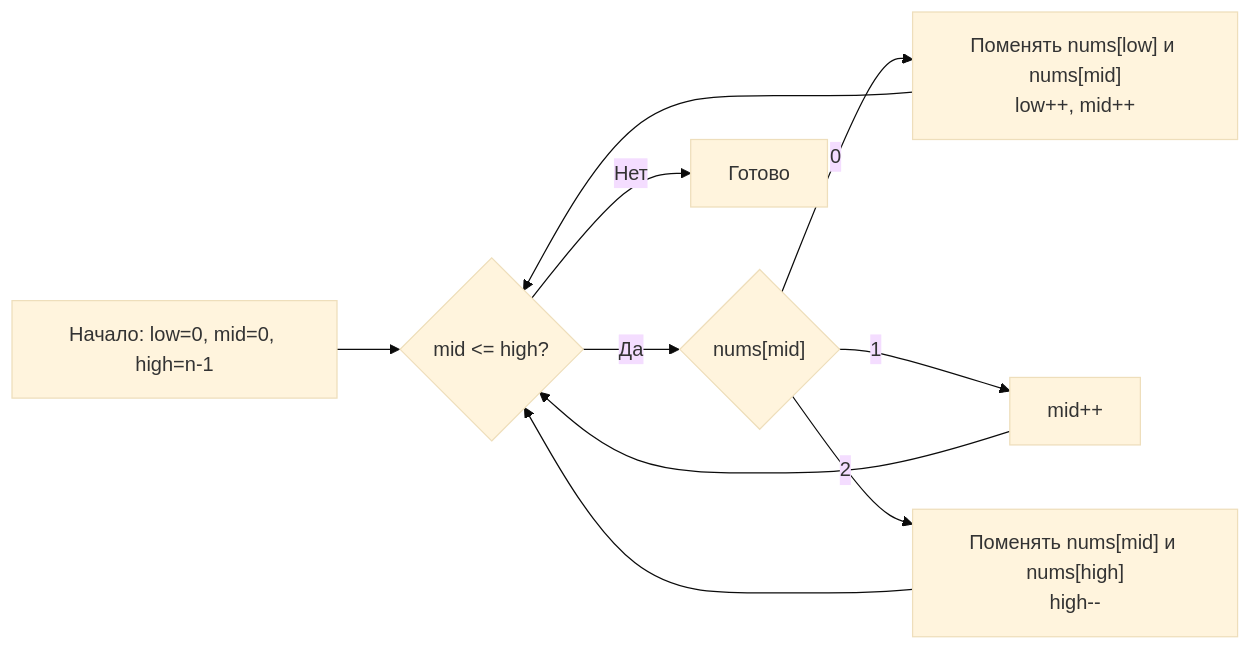
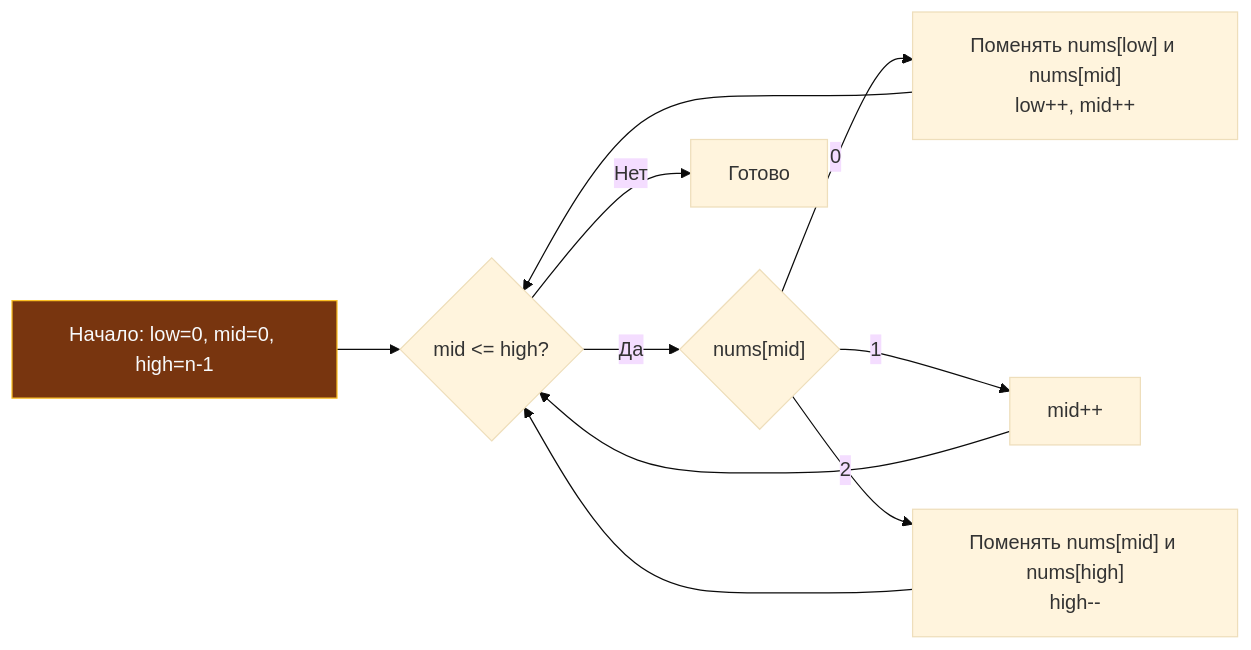
Before and after one commit to UnrealTemplier/go-textbook: the diagram in sources/21. Задачи с LeetCode и собеседований на Go/02. Задачи/02. Два указателя/8. Sort Colors.md, drawn with Mermaid (base theme). The commit also changed 1666 other files, not shown here.

First line of the commit message:
feat(mermaid): add semantic color classDef to 1369 colorless flowchart/graph diagrams

````diff
--- a/sources/21. Задачи с LeetCode и собеседований на Go/02. Задачи/02. Два указателя/8. Sort Colors.md
+++ b/sources/21. Задачи с LeetCode и собеседований на Go/02. Задачи/02. Два указателя/8. Sort Colors.md
@@ -90,12 +90,22 @@
 ```mermaid
 flowchart LR
-    Start["Начало: low=0, mid=0, high=n-1"] --> Loop{"mid <= high?"}
+    classDef process  fill:#1e293b,stroke:#38bdf8,stroke-width:1px,color:#f8fafc
+    classDef success  fill:#064e3b,stroke:#34d399,stroke-width:1px,color:#f8fafc
+    classDef error    fill:#7f1d1d,stroke:#f87171,stroke-width:1px,color:#f8fafc
+    classDef warning  fill:#78350f,stroke:#fbbf24,stroke-width:1px,color:#f8fafc
+    classDef entry    fill:#1e3a5f,stroke:#38bdf8,stroke-width:2px,color:#f8fafc
+    classDef aux      fill:#334155,stroke:#64748b,stroke-width:1px,color:#f8fafc
+    classDef system   fill:#312e81,stroke:#a78bfa,stroke-width:1px,color:#f8fafc
+    classDef data     fill:#132d29,stroke:#2dd4bf,stroke-width:1px,color:#f8fafc
+    classDef network  fill:#881337,stroke:#fb7185,stroke-width:1px,color:#f8fafc
+    classDef accent   fill:#1e1b4b,stroke:#818cf8,stroke-width:1px,color:#f8fafc
+    Start["Начало: low=0, mid=0, high=n-1"]:::warning --> Loop{"mid <= high?"}
     Loop -->|"Да"| Switch{"nums[mid]"}
     Switch -->|0| Case0["Поменять nums[low] и nums[mid]<br>low++, mid++"]
     Switch -->|1| Case1["mid++"]
     Switch -->|2| Case2["Поменять nums[mid] и nums[high]<br>high--"]
     Case0 --> Loop
     Case1 --> Loop
     Case2 --> Loop
     Loop -->|"Нет"| Done["Готово"]
 ```
````
